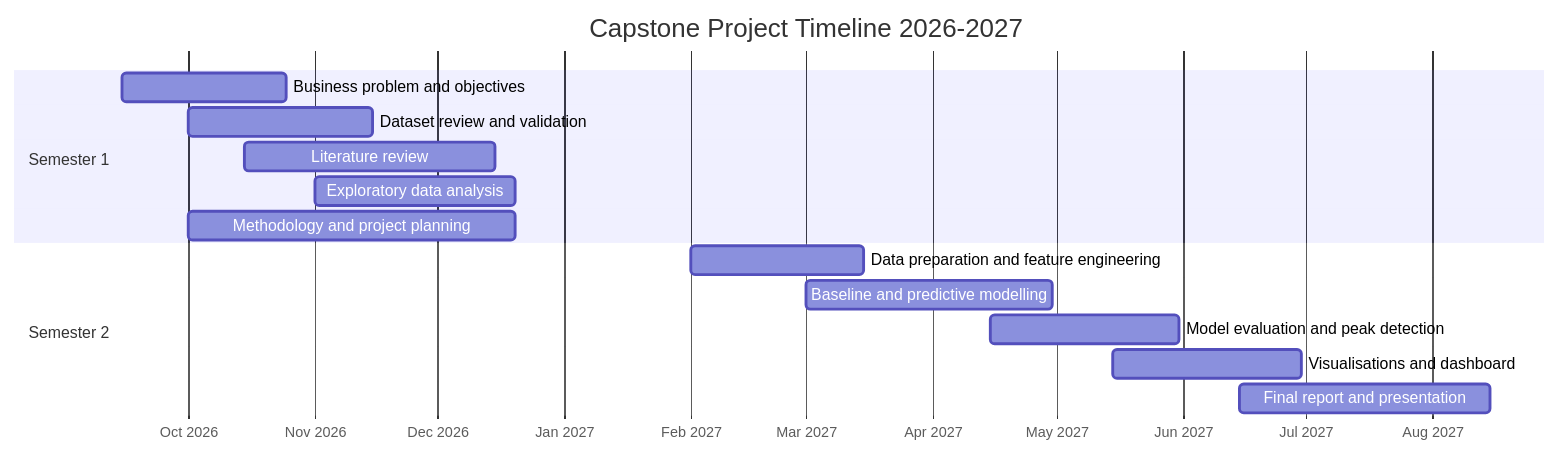
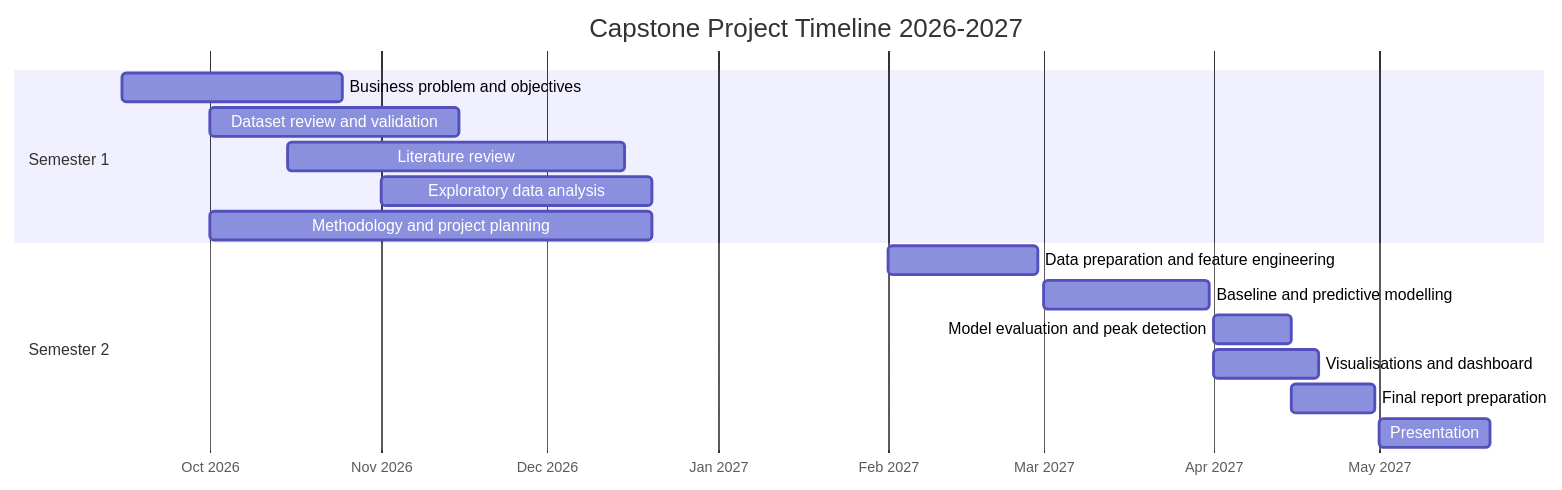
One commit to DiegoMarlonGomesGenesio/CCT---Capstone---Project changed the diagram in PROJECT_TIMELINE.md. Above: the diagram before and after it, drawn with Mermaid.

Commit message:
Align project timeline with April report and May presentation

````diff
--- a/PROJECT_TIMELINE.md
+++ b/PROJECT_TIMELINE.md
@@ -13,20 +13,21 @@
 ```mermaid
 gantt
     title Capstone Project Timeline 2026-2027
     dateFormat YYYY-MM-DD
     axisFormat %b %Y
 
     section Semester 1
     Business problem and objectives :a1, 2026-09-15, 2026-10-25
     Dataset review and validation :a2, 2026-10-01, 2026-11-15
     Literature review :a3, 2026-10-15, 2026-12-15
     Exploratory data analysis :a4, 2026-11-01, 2026-12-20
     Methodology and project planning :a5, 2026-10-01, 2026-12-20
 
-    section Semester 2
-    Data preparation and feature engineering :b1, 2027-02-01, 2027-03-15
-    Baseline and predictive modelling :b2, 2027-03-01, 2027-04-30
-    Model evaluation and peak detection :b3, 2027-04-15, 2027-05-31
-    Visualisations and dashboard :b4, 2027-05-15, 2027-06-30
-    Final report and presentation :b5, 2027-06-15, 2027-08-15
+section Semester 2
+Data preparation and feature engineering :b1, 2027-02-01, 2027-02-28
+Baseline and predictive modelling :b2, 2027-03-01, 2027-03-31
+Model evaluation and peak detection :b3, 2027-04-01, 2027-04-15
+Visualisations and dashboard :b4, 2027-04-01, 2027-04-20
+Final report preparation :b5, 2027-04-15, 2027-04-30
+Presentation :b6, 2027-05-01, 2027-05-21
 ```
````
